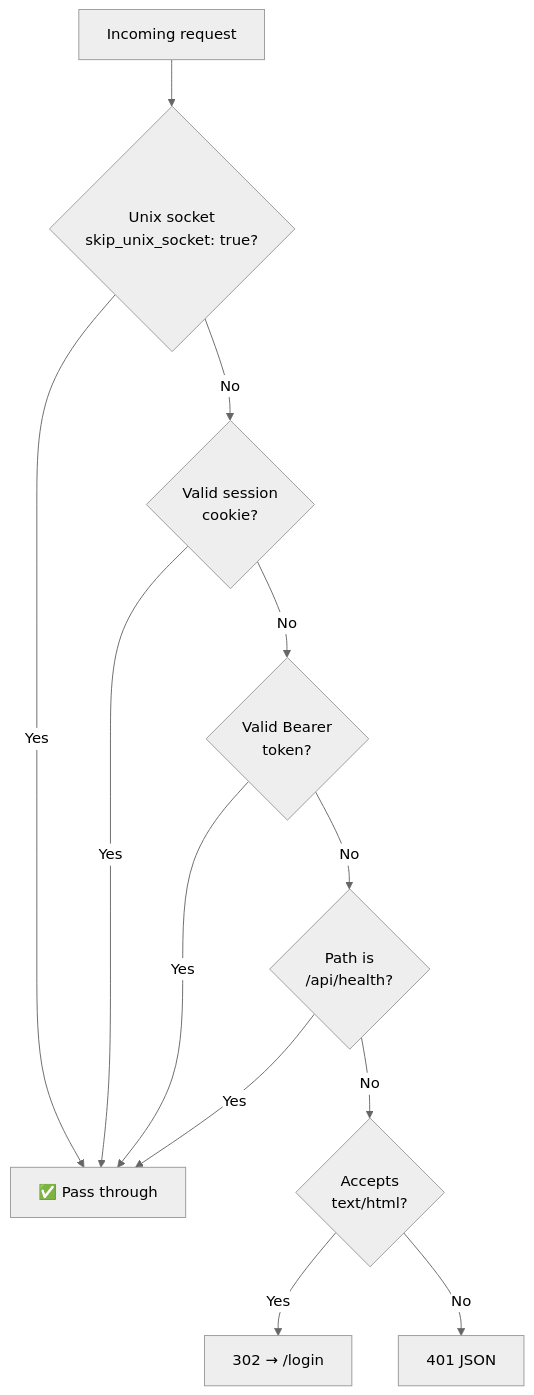
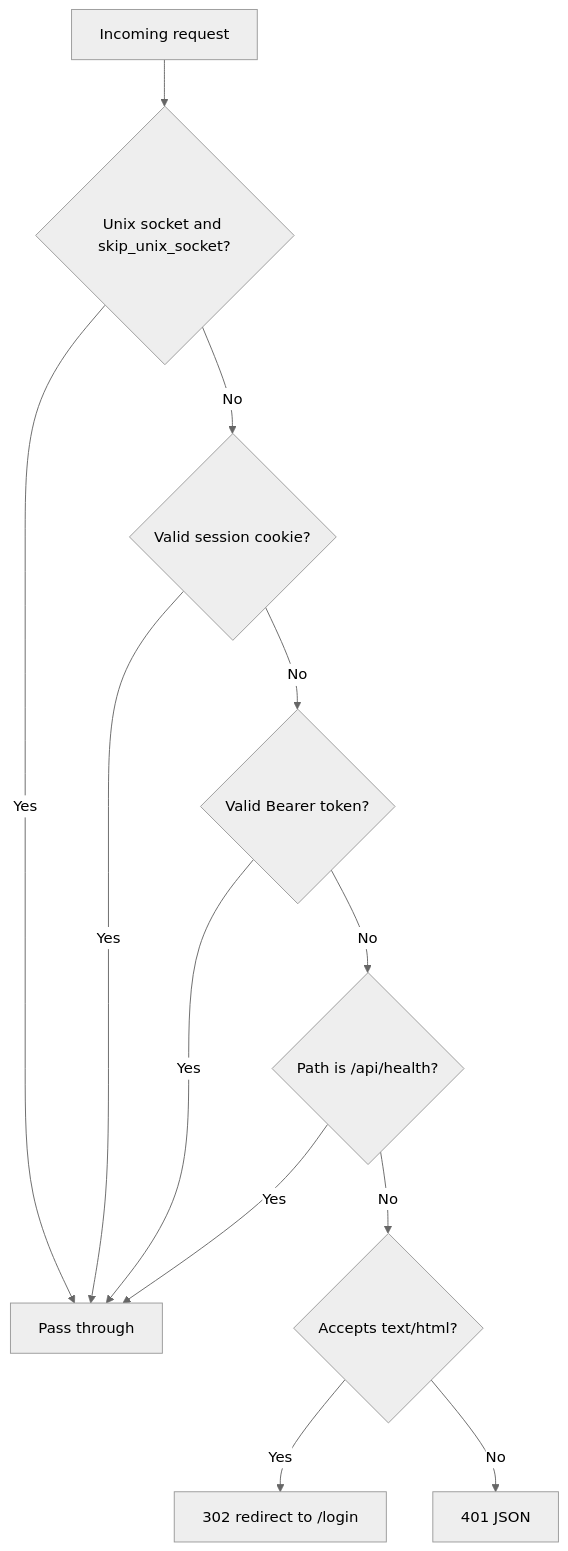
Before and after one commit to aleks-dolotin/wg-sockd: the diagram in docs/authentication.md, drawn with Mermaid (neutral theme).

Commit message:
fix: improve clarity in authentication flowchart in documentation

````diff
--- a/docs/authentication.md
+++ b/docs/authentication.md
@@ -18,14 +18,14 @@
 ```mermaid
 flowchart TD
-    R[Incoming request] --> US{Unix socket\nskip_unix_socket: true?}
-    US -->|Yes| OK[✅ Pass through]
-    US -->|No| SC{Valid session\ncookie?}
+    R[Incoming request] --> US{Unix socket and skip_unix_socket?}
+    US -->|Yes| OK[Pass through]
+    US -->|No| SC{Valid session cookie?}
     SC -->|Yes| OK
-    SC -->|No| BT{Valid Bearer\ntoken?}
+    SC -->|No| BT{Valid Bearer token?}
     BT -->|Yes| OK
-    BT -->|No| HP{Path is\n/api/health?}
+    BT -->|No| HP{Path is /api/health?}
     HP -->|Yes| OK
-    HP -->|No| CN{Accepts\ntext/html?}
-    CN -->|Yes| RD[302 → /login]
+    HP -->|No| CN{Accepts text/html?}
+    CN -->|Yes| RD[302 redirect to /login]
     CN -->|No| R401[401 JSON]
 ```
````
